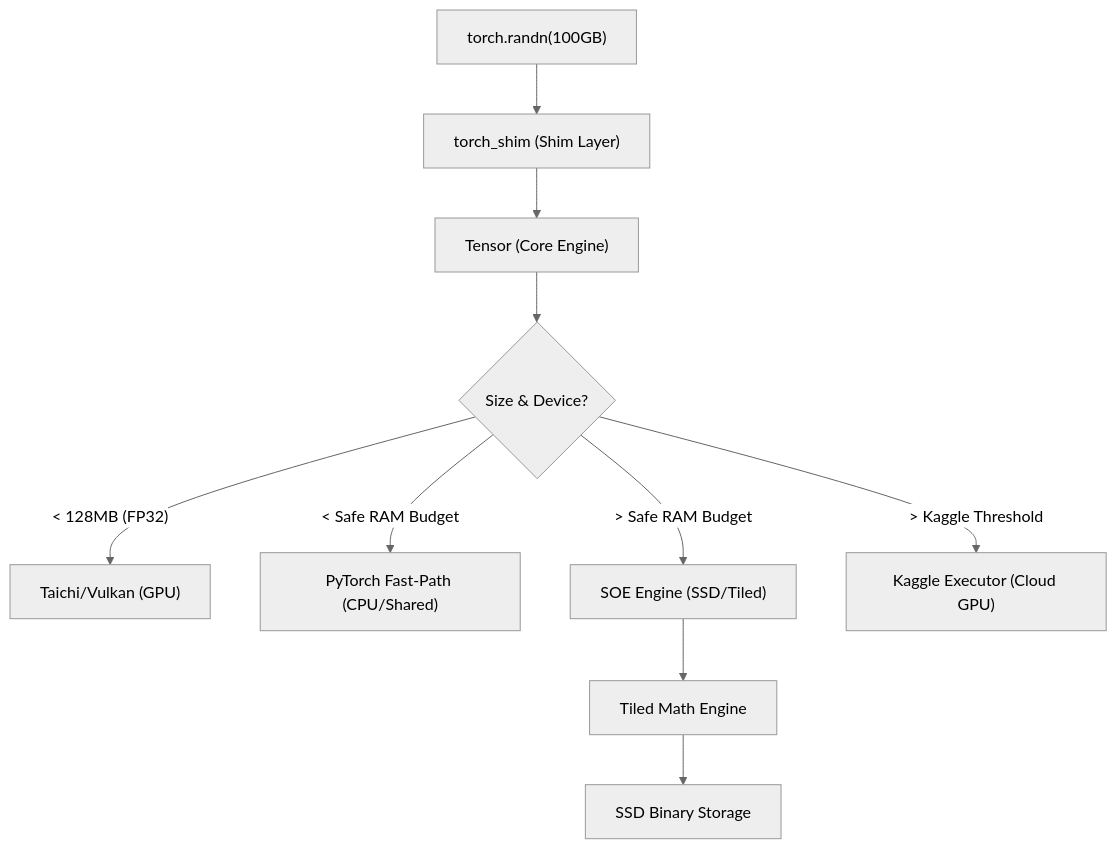
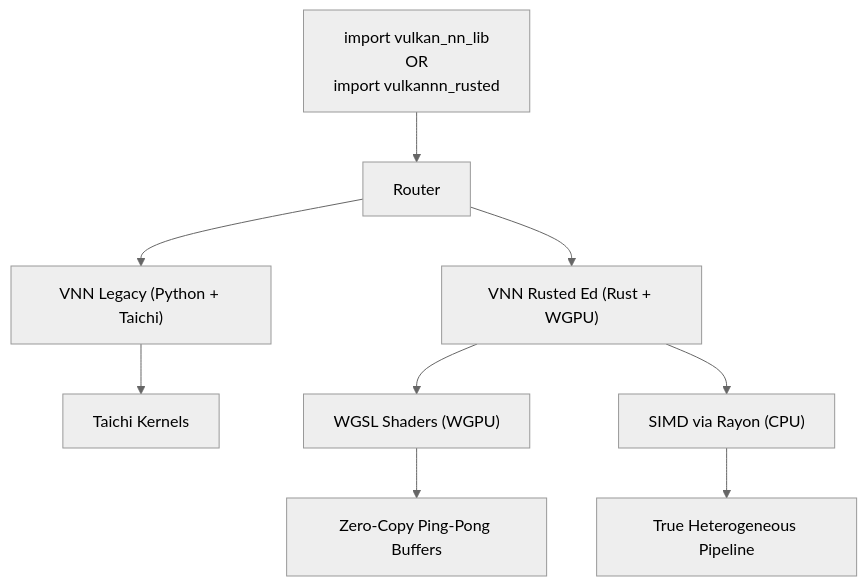
Before and after one commit to slavek-is-hyperreal/OxTorch: the diagram in docs/architecture.md, drawn with Mermaid (neutral theme). The commit also changed other lines of this file and 14 other files, not shown here.

````diff
--- a/docs/architecture.md
+++ b/docs/architecture.md
@@ -5,14 +7,13 @@
 ```mermaid
 graph TD
-    User["torch.randn(100GB)"] --> Shim["torch_shim (Shim Layer)"]
-    Shim --> Tensor["Tensor (Core Engine)"]
-    Tensor --> Decision{"Size & Device?"}
+    User["import vulkan_nn_lib \n OR \n import vulkannn_rusted"] --> Router
+    Router --> LegacyEngine["VNN Legacy (Python + Taichi)"]
+    Router --> RustedEngine["VNN Rusted Ed (Rust + WGPU)"]
     
-    Decision -- "< 128MB (FP32)" --> Vulkan["Taichi/Vulkan (GPU)"]
-    Decision -- "< Safe RAM Budget" --> Hybrid["PyTorch Fast-Path (CPU/Shared)"]
-    Decision -- "> Safe RAM Budget" --> ARAS["SOE Engine (SSD/Tiled)"]
-    Decision -- "> Kaggle Threshold" --> Kaggle["Kaggle Executor (Cloud GPU)"]
+    LegacyEngine --> LegacyVulkan["Taichi Kernels"]
+    RustedEngine --> RustWGPU["WGSL Shaders (WGPU)"]
+    RustedEngine --> Rayon["SIMD via Rayon (CPU)"]
     
-    ARAS --> Tiled["Tiled Math Engine"]
-    Tiled --> SSD["SSD Binary Storage"]
+    RustWGPU --> PingPong["Zero-Copy Ping-Pong Buffers"]
+    Rayon --> Hetero["True Heterogeneous Pipeline"]
 ```
````
